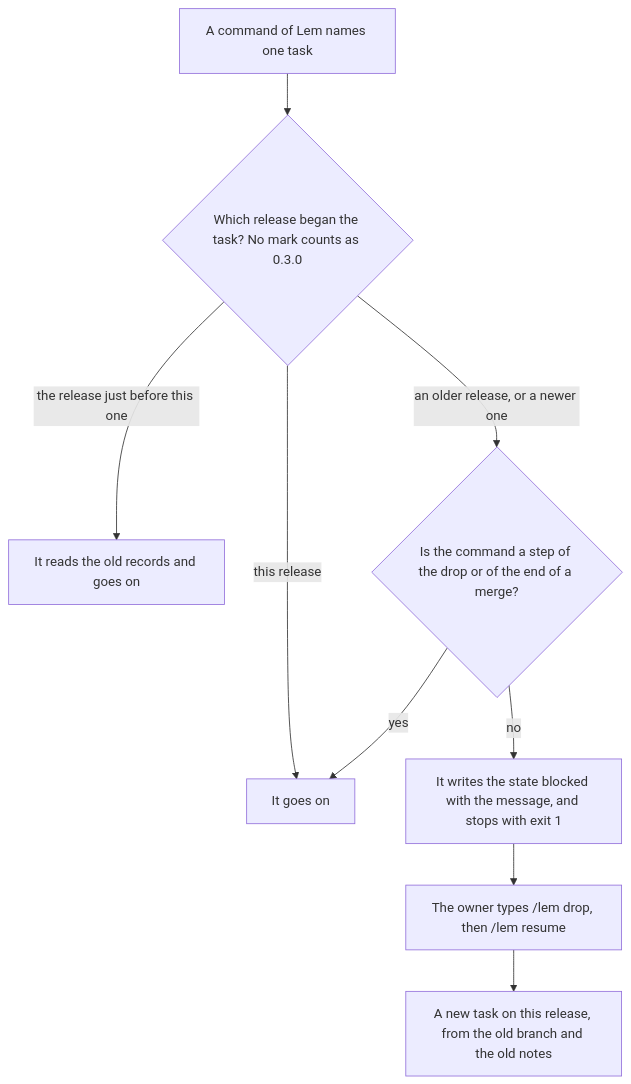
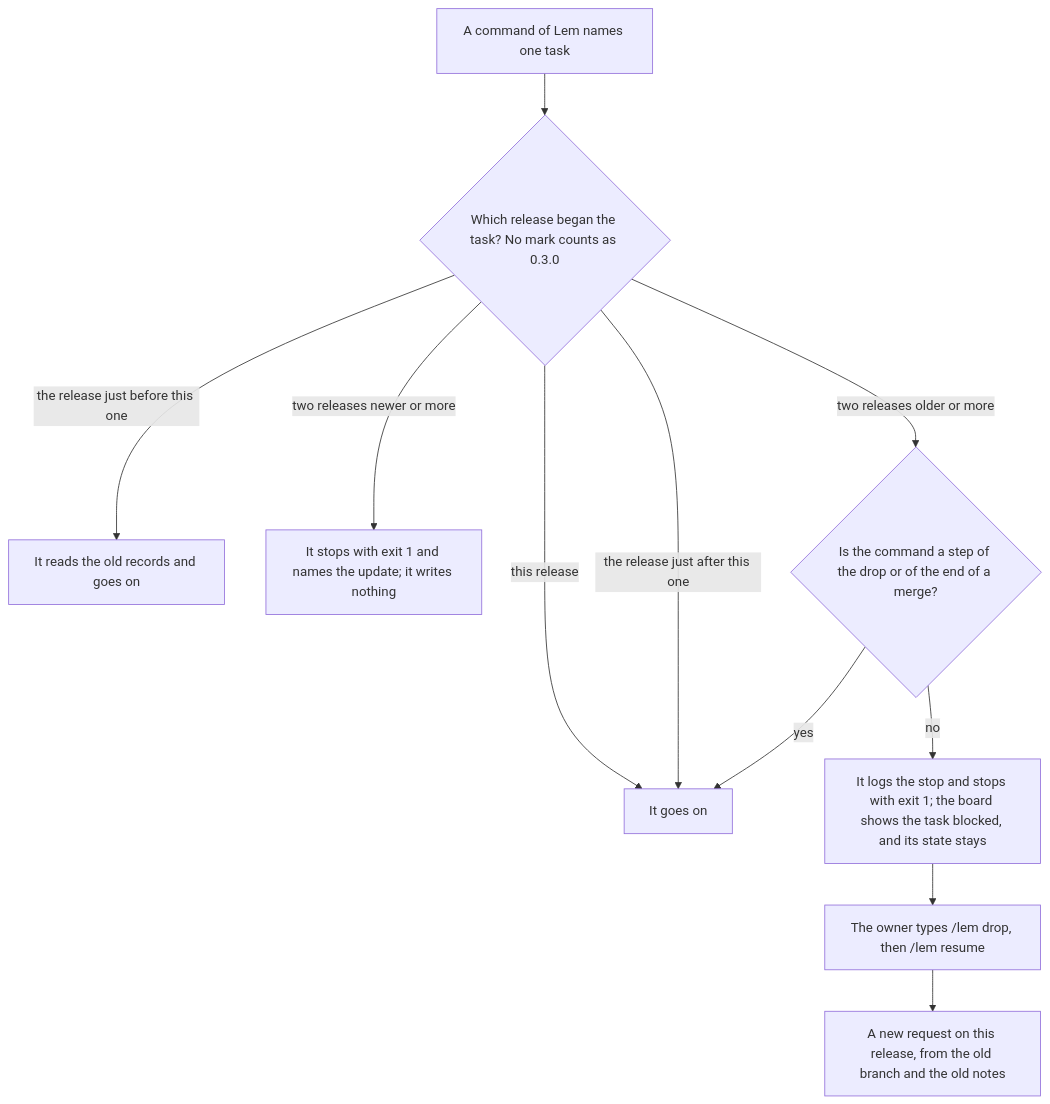
The diagram in docs/plans/2026-11-23-lem-updates-itself-while-developed.md (pySilver/lem), drawn with Mermaid before and after one commit. The commit also changed other lines of this file, not shown here.

First line of the commit message:
docs(plan): repair the release plan for the talk's nine questions

````diff
--- a/docs/plans/2026-11-23-lem-updates-itself-while-developed.md
+++ b/docs/plans/2026-11-23-lem-updates-itself-while-developed.md
@@ -27,11 +27,13 @@
 ```mermaid
 flowchart TD
   A["A command of Lem names one task"] --> B{"Which release began the task? No mark counts as 0.3.0"}
   B -->|"this release"| C["It goes on"]
   B -->|"the release just before this one"| D["It reads the old records and goes on"]
-  B -->|"an older release, or a newer one"| E{"Is the command a step of the drop or of the end of a merge?"}
+  B -->|"the release just after this one"| C
+  B -->|"two releases newer or more"| U["It stops with exit 1 and names the update; it writes nothing"]
+  B -->|"two releases older or more"| E{"Is the command a step of the drop or of the end of a merge?"}
   E -->|"yes"| C
-  E -->|"no"| F["It writes the state blocked with the message, and stops with exit 1"]
+  E -->|"no"| F["It logs the stop and stops with exit 1; the board shows the task blocked, and its state stays"]
   F --> G["The owner types /lem drop, then /lem resume"]
-  G --> H["A new task on this release, from the old branch and the old notes"]
+  G --> H["A new request on this release, from the old branch and the old notes"]
 ```
````
